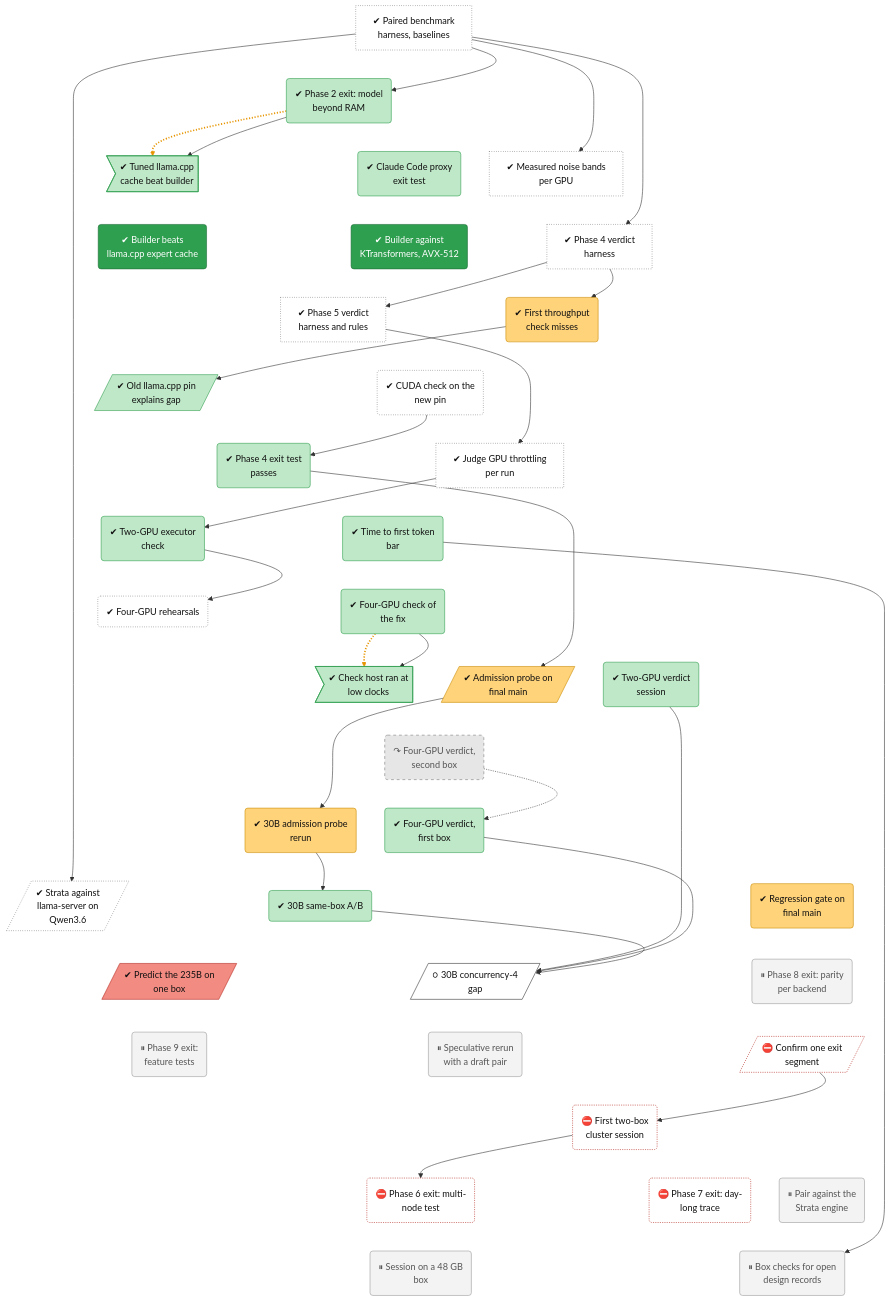
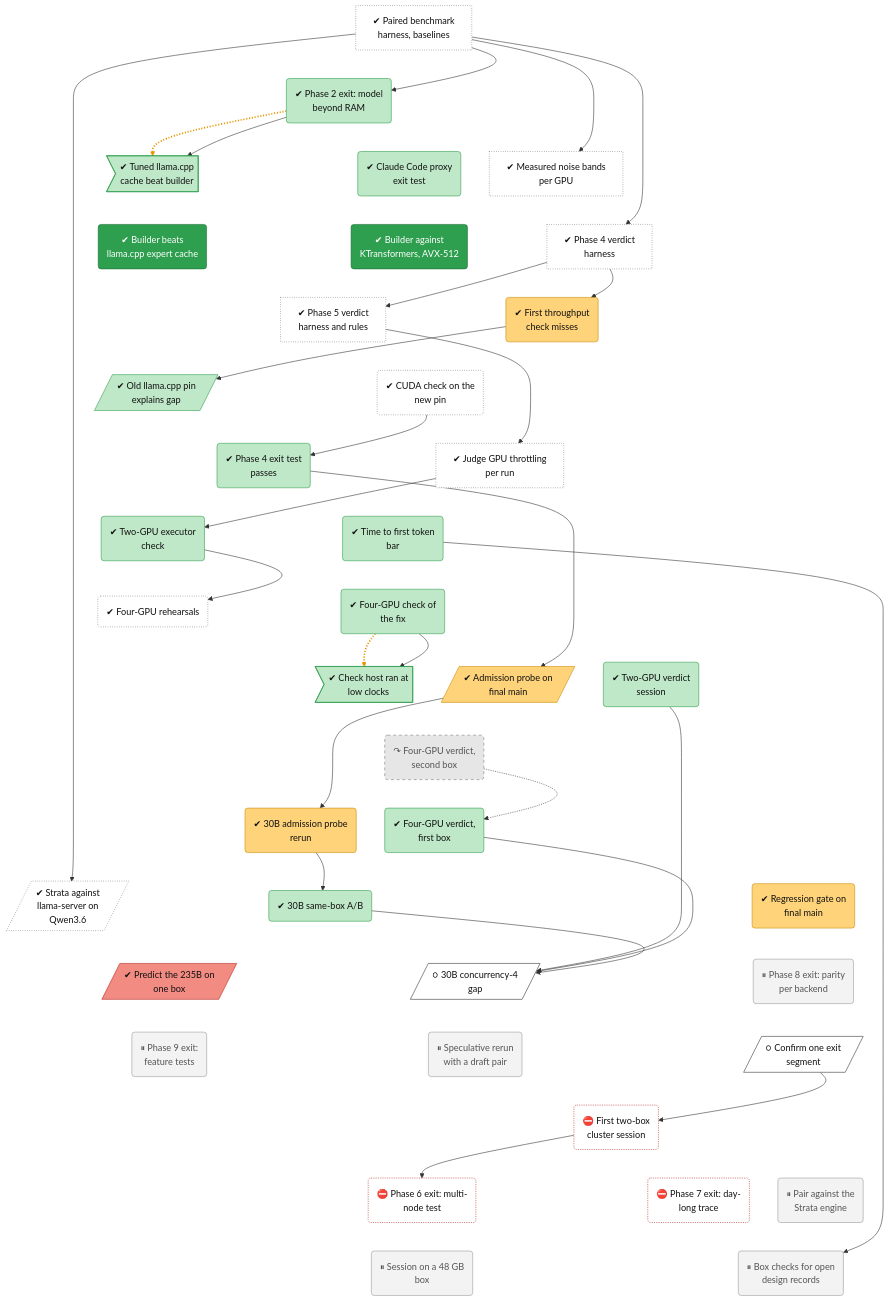
One commit to lhns/tetraeder changed the diagram in docs/roadmap/tracks/bench.md. Above: the diagram before and after it, drawn with Mermaid. The commit also changed other lines of this file and 6 other files, not shown here.

Commit message:
Cost model 6 in sample (stream-predict-20261124): D2 tg e -0.101 within 0.15, done line held; ADR 0092 History; node done, planner-costmodel-v6-rest next, bench-235b-segment-confirm next (not measured)

````diff
--- a/docs/roadmap/tracks/bench.md
+++ b/docs/roadmap/tracks/bench.md
@@ -41,7 +41,7 @@
     bench_phase8_exit("⏸ Phase 8 exit: parity<br/>per backend")
     bench_phase9_exit("⏸ Phase 9 exit:<br/>feature tests")
     bench_spec_rerun("⏸ Speculative rerun<br/>with a draft pair")
-    bench_235b_segment_confirm[/"⛔ Confirm one exit<br/>segment"/]
+    bench_235b_segment_confirm[/"○ Confirm one exit<br/>segment"/]
     bench_phase6_rehearsal("⛔ First two-box<br/>cluster session")
     bench_phase6_exit("⛔ Phase 6 exit: multi-<br/>node test")
     bench_phase7_exit("⛔ Phase 7 exit: day-<br/>long trace")
@@ -138,7 +138,7 @@
     class bench_d2a_rerun,bench_d2a_probe,bench_d2a_30b,bench_regression_gate mixed
     class bench_v4b_verdict dead
     class bench_235b_stream_predict bad
-    class bench_30b_c4_gap next
+    class bench_30b_c4_gap,bench_235b_segment_confirm next
     class bench_phase8_exit,bench_phase9_exit,bench_spec_rerun,bench_strata_pairing,bench_d1_session,bench_open_records parked
-    class bench_235b_segment_confirm,bench_phase6_rehearsal,bench_phase6_exit,bench_phase7_exit blocked
+    class bench_phase6_rehearsal,bench_phase6_exit,bench_phase7_exit blocked
 ```
````
